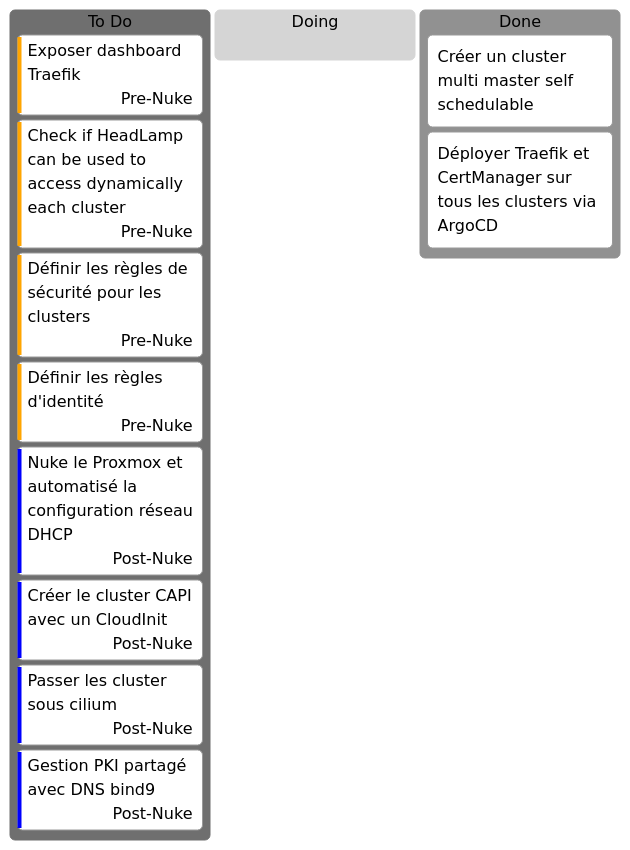
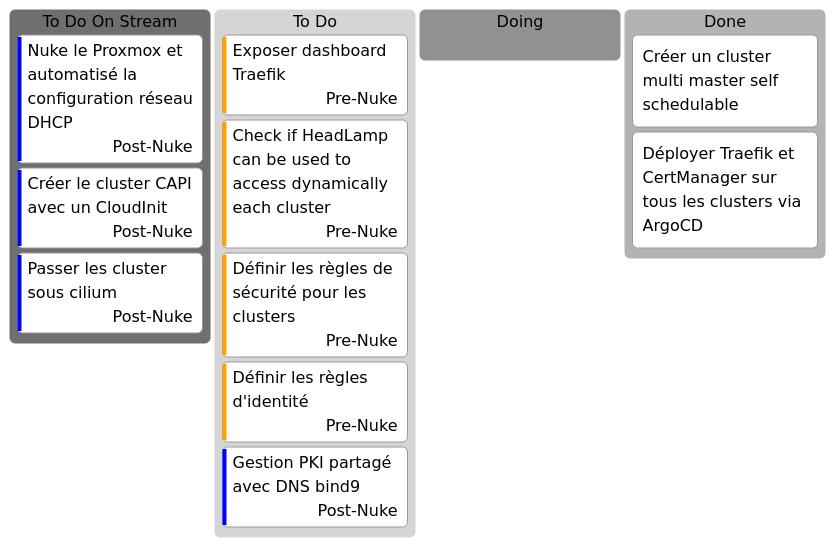
The diagram in docs/0.introduction/kanban.md (batleforc/weebo-si), drawn with Mermaid (neutral theme) before and after one commit.

Commit message:
feat: update kanban

````diff
--- a/docs/0.introduction/kanban.md
+++ b/docs/0.introduction/kanban.md
@@ -3,22 +3,23 @@
 ```mermaid
 ---
 config:
   kanban:
     ticketBaseUrl: 'https://github.com/batleforc/weebo-si/issue/#TICKET#'
 ---
 
 kanban
+  todoS[To Do On Stream]
+    us4[Nuke le Proxmox et automatisé la configuration réseau DHCP]@{ assigned: Post-Nuke, priority: 'Low'}
+    us5[Créer le cluster CAPI avec un CloudInit]@{ assigned: Post-Nuke, priority: 'Low'}
+    us6[Passer les cluster sous cilium]@{ assigned: Post-Nuke, priority: 'Low'}
   todo[To Do]
     us7[Exposer dashboard Traefik]@{ assigned: Pre-Nuke, priority: 'High'}
     use8[Check if HeadLamp can be used to access dynamically each cluster]@{ assigned: Pre-Nuke, priority: 'High'}
     us3[Définir les règles de sécurité pour les clusters]@{ assigned: Pre-Nuke, priority: 'High'}
     us8[Définir les règles d'identité]@{ assigned: Pre-Nuke, priority: 'High'}
-    us4[Nuke le Proxmox et automatisé la configuration réseau DHCP]@{ assigned: Post-Nuke, priority: 'Low'}
-    us5[Créer le cluster CAPI avec un CloudInit]@{ assigned: Post-Nuke, priority: 'Low'}
-    us6[Passer les cluster sous cilium]@{ assigned: Post-Nuke, priority: 'Low'}
     us7[Gestion PKI partagé avec DNS bind9]@{ assigned: Post-Nuke, priority: 'Low'}
   doing[Doing]
   done[Done]
     us1[Créer un cluster multi master self schedulable]
     us2[Déployer Traefik et CertManager sur tous les clusters via ArgoCD]
 ```
````
